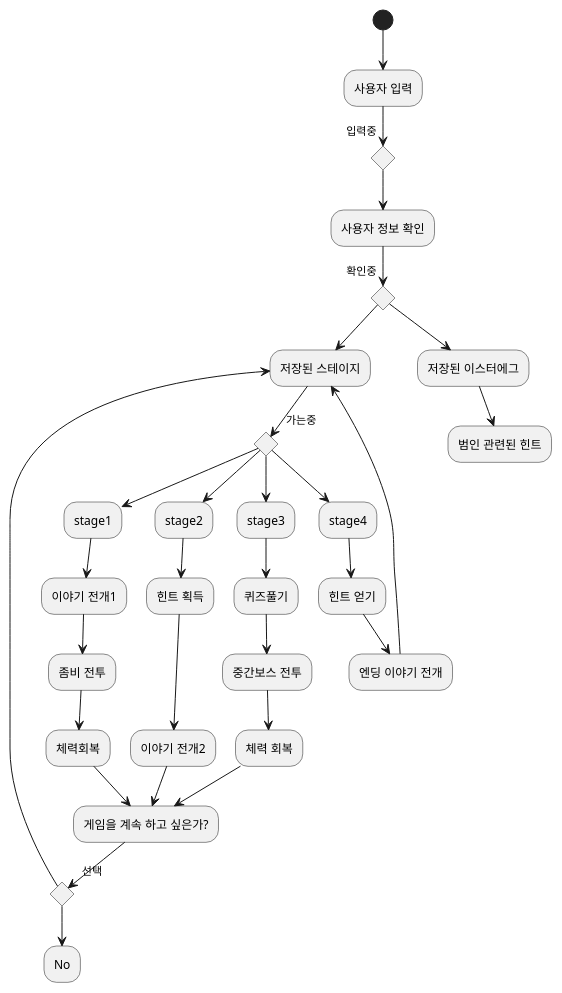
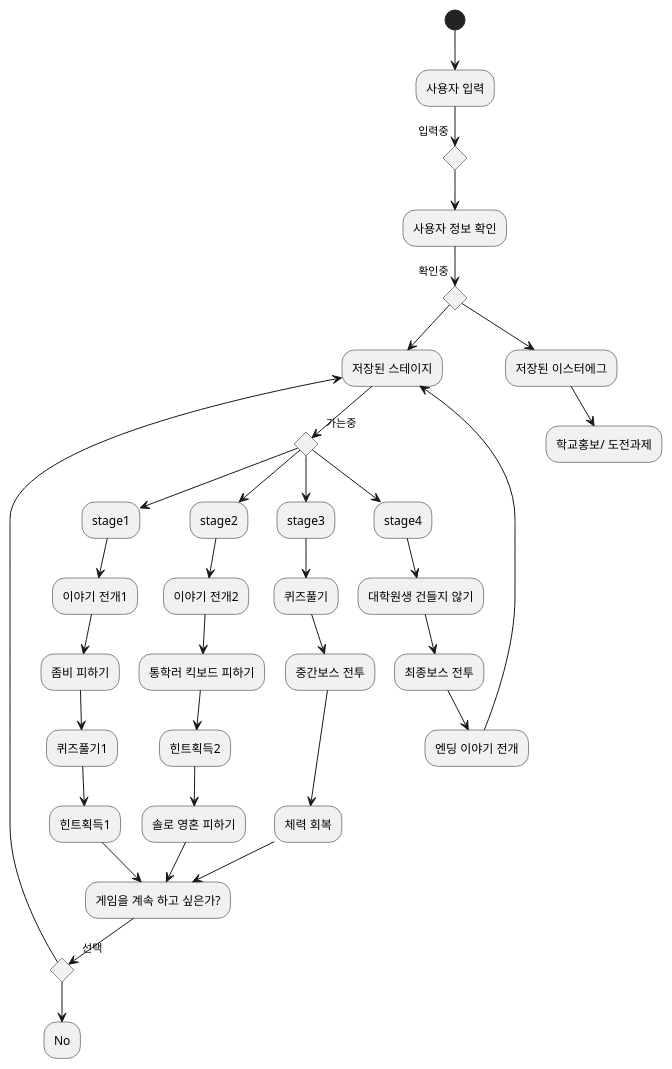
Before and after one commit to leehj24/software_prj: the diagram in UML/activity.pu, drawn with PlantUML.

Commit message:
활동다이어그램 수정

```diff
--- a/UML/activity.pu
+++ b/UML/activity.pu
@@ -1,42 +1,46 @@
 @startuml
 (*) --> "사용자 입력" 
 if "입력중" then
 -->"사용자 정보 확인"
 if "확인중" then
 -->"저장된 스테이지"
 if "가는중"then
  --> "stage1"
 -->"이야기 전개1"
--->"좀비 전투"
--->"체력회복"
+-->"좀비 피하기"
+-->"퀴즈풀기1"
+-->"힌트획득1"
 -->"게임을 계속 하고 싶은가?"
 else 
 -->"stage2"
--->"힌트 획득"
 -->"이야기 전개2"
+-->"통학러 킥보드 피하기"
+-->"힌트획득2"
+-->"솔로 영혼 피하기"
 -->"게임을 계속 하고 싶은가?"
 else 
 -->"stage3"
 -->"퀴즈풀기"
 -->"중간보스 전투"
 -->"체력 회복"
 -->"게임을 계속 하고 싶은가?"
 if "선택" then
 -left->"저장된 스테이지"
 else
 -->"No"
 endif
 
 else 
 -->"stage4"
--->"힌트 얻기"
+-->"대학원생 건들지 않기"
+-->"최종보스 전투"
 -->"엔딩 이야기 전개"
 -->"저장된 스테이지"
 
 endif
 
   else
  --> "저장된 이스터에그"
- --> "범인 관련된 힌트"
+ --> "학교홍보/ 도전과제"
 
 @enduml
```
